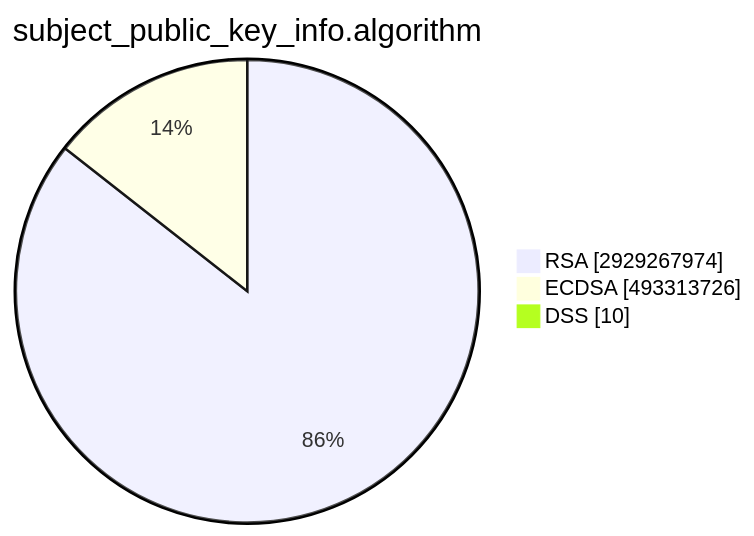
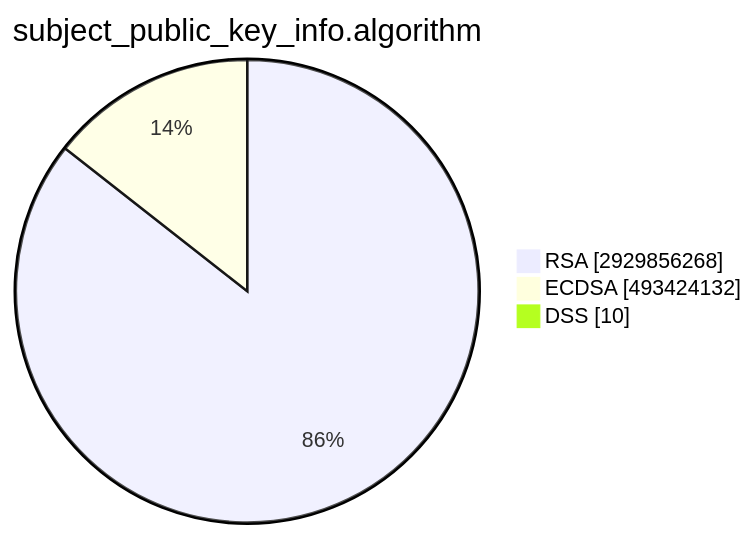
One commit to christiankrug/ctmonitor_visualization changed the second of 15 diagrams in TOTAL/README.md. Above: the diagram before and after it, drawn with Mermaid. The commit also changed other lines of this file, not shown here.

````diff
--- a/TOTAL/README.md
+++ b/TOTAL/README.md
@@ -6,7 +6,7 @@
 ```mermaid
 pie showData
 title subject_public_key_info.algorithm
-"RSA" :2929267974
-"ECDSA" :493313726
+"RSA" :2929856268
+"ECDSA" :493424132
 "DSS" :10
 ```
````
